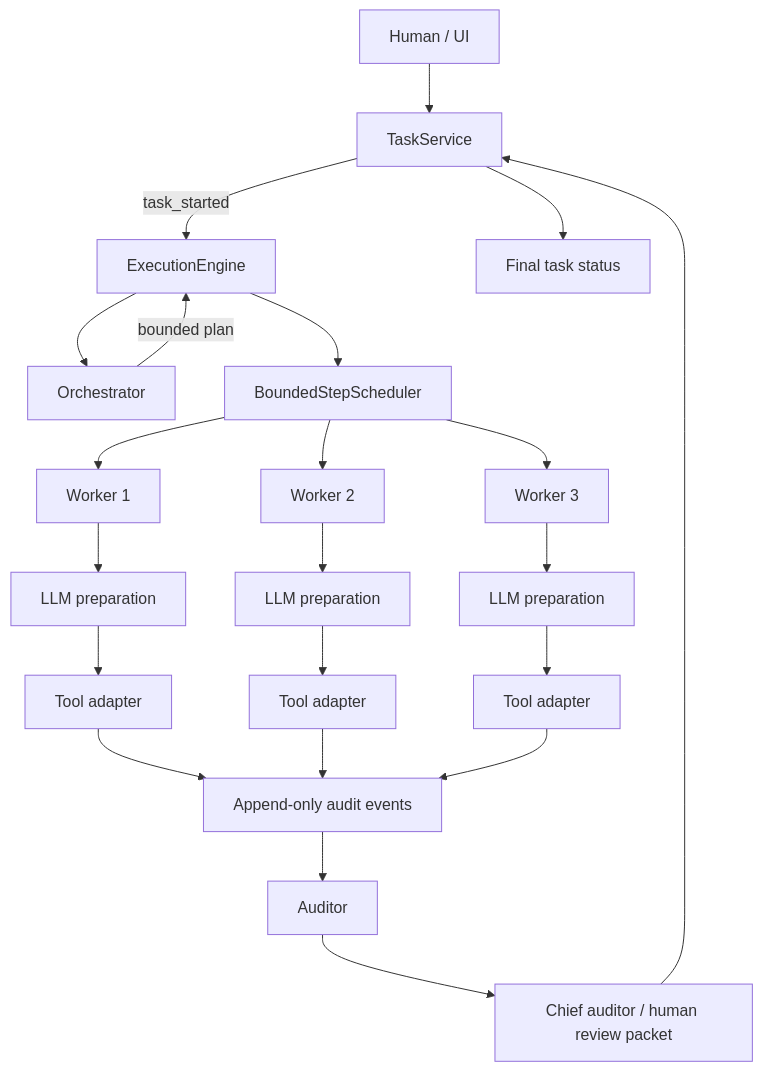
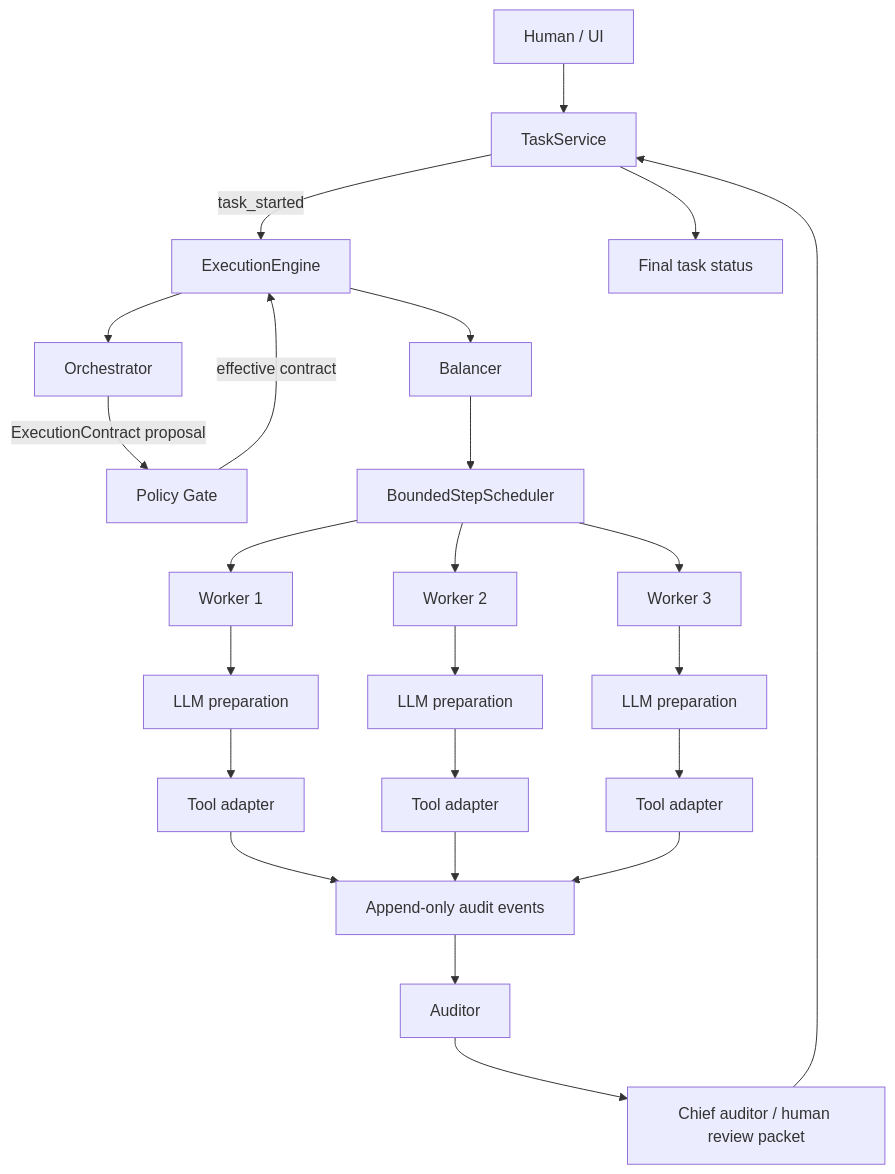
One commit to Personal1ty/TRIADA changed the first of 3 diagrams in docs/ARCHITECTURE_FLOW.md. Above: the diagram before and after it, drawn with Mermaid. The commit also changed other lines of this file and 5 other files, not shown here.

````diff
--- a/docs/ARCHITECTURE_FLOW.md
+++ b/docs/ARCHITECTURE_FLOW.md
@@ -5,24 +5,26 @@
 ```mermaid
 flowchart TD
     H[Human / UI] --> TS[TaskService]
     TS -->|task_started| OE[ExecutionEngine]
     OE --> O[Orchestrator]
-    O -->|bounded plan| OE
-    OE --> S[BoundedStepScheduler]
+    O -->|ExecutionContract proposal| PG[Policy Gate]
+    PG -->|effective contract| OE
+    OE --> B[Balancer]
+    B --> S[BoundedStepScheduler]
     S --> W1[Worker 1]
     S --> W2[Worker 2]
     S --> W3[Worker 3]
     W1 --> L1[LLM preparation]
     W2 --> L2[LLM preparation]
     W3 --> L3[LLM preparation]
     L1 --> T1[Tool adapter]
     L2 --> T2[Tool adapter]
     L3 --> T3[Tool adapter]
     T1 --> E[Append-only audit events]
     T2 --> E
     T3 --> E
     E --> A[Auditor]
     A --> C[Chief auditor / human review packet]
     C --> TS
     TS --> F[Final task status]
 ```
````
